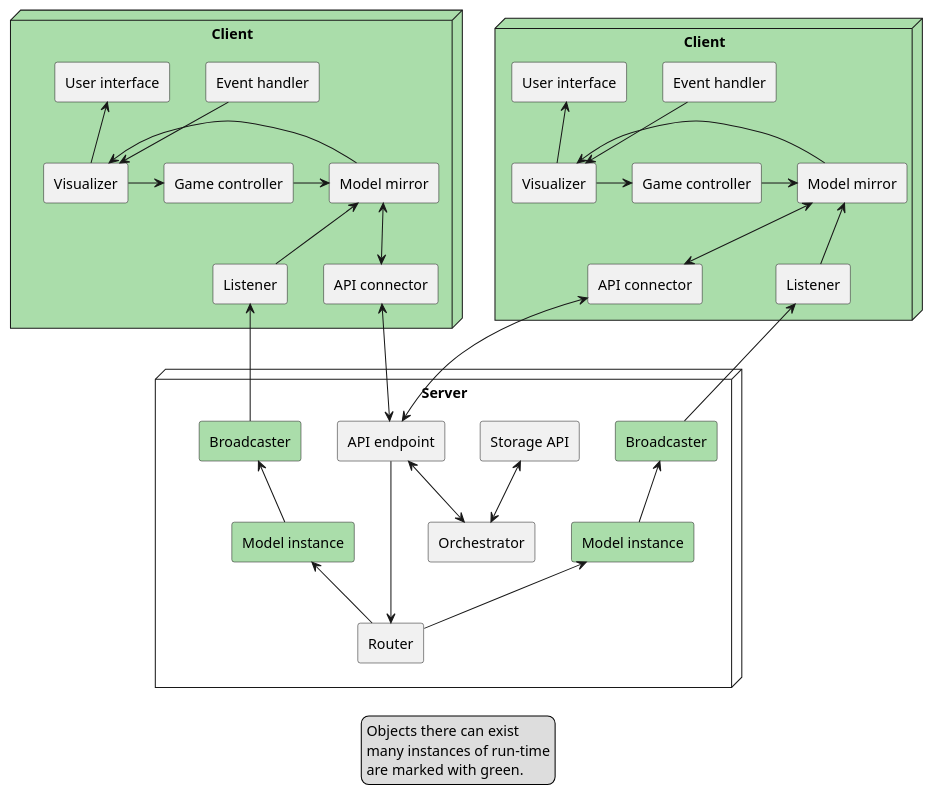
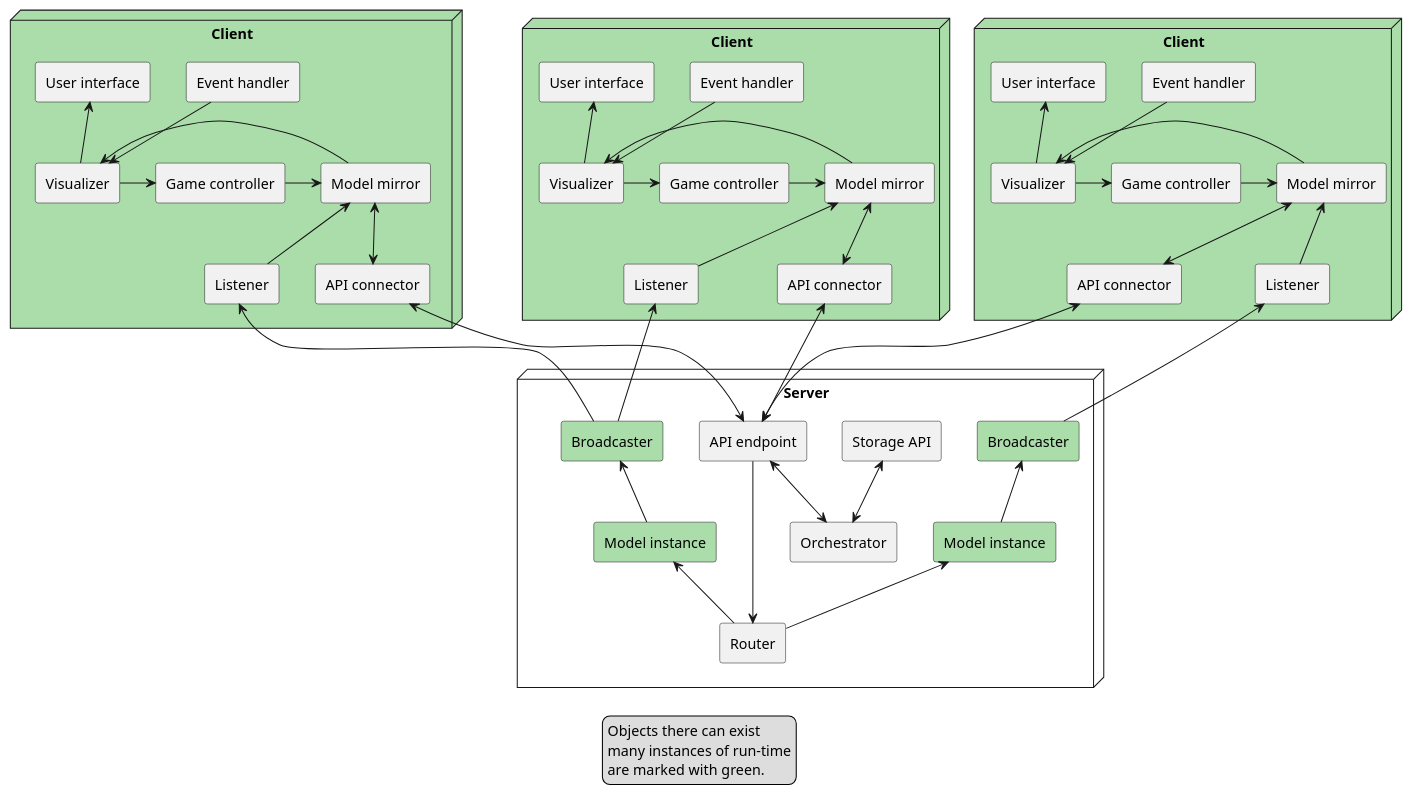
One commit to SWA-group-1/PlantUML changed the diagram in Process/Deployment/ConcurrencyAndInformation.puml. Above: the diagram before and after it, drawn with PlantUML. The commit also changed 1 other file, not shown here.

```diff
--- a/Process/Deployment/ConcurrencyAndInformation.puml
+++ b/Process/Deployment/ConcurrencyAndInformation.puml
@@ -1,79 +1,98 @@
 @startuml
 'https://plantuml.com/deployment-diagram
 
 legend
     Objects there can exist
     many instances of run-time
     are marked with green.
 end legend
 
 node "Client" as client_0 #ADA {
     agent "Game controller" as controller_0
     agent "Visualizer" as visualizer_0
     agent "Event handler" as event_0
     agent "User interface" as ui_0
     agent "Model mirror" as mirror_0
     agent "API connector" as connector_0
     agent "Listener" as listener_0
 
     event_0 -down-> visualizer_0
     visualizer_0 -up-> ui_0
     visualizer_0 -right-> controller_0
     controller_0 -right-> mirror_0
     mirror_0 -> visualizer_0
     mirror_0 <-down-> connector_0
     listener_0 -up-> mirror_0
 }
 
 node "Client" as client_1 #ADA {
     agent "Game controller" as controller_1
     agent "Visualizer" as visualizer_1
     agent "Event handler" as event_1
     agent "User interface" as ui_1
     agent "Model mirror" as mirror_1
     agent "API connector" as connector_1
     agent "Listener" as listener_1
 
     event_1 -down-> visualizer_1
     visualizer_1 -up-> ui_1
     visualizer_1 -right-> controller_1
     controller_1 -right-> mirror_1
     mirror_1 -> visualizer_1
     mirror_1 <-down-> connector_1
     listener_1 -up-> mirror_1
 }
 
+node "Client" as client_2 #ADA {
+    agent "Game controller" as controller_2
+    agent "Visualizer" as visualizer_2
+    agent "Event handler" as event_2
+    agent "User interface" as ui_2
+    agent "Model mirror" as mirror_2
+    agent "API connector" as connector_2
+    agent "Listener" as listener_2
+
+    event_2 -down-> visualizer_2
+    visualizer_2 -up-> ui_2
+    visualizer_2 -right-> controller_2
+    controller_2 -right-> mirror_2
+    mirror_2 -> visualizer_2
+    mirror_2 <-down-> connector_2
+    listener_2 -up-> mirror_2
+}
+
 node "Server" as server {
     agent "API endpoint" as endpoint
     agent "Broadcaster" as broadcaster_0 #ADA
     agent "Broadcaster" as broadcaster_1 #ADA
     agent "Storage API" as storage
     agent "Model instance" as model_0 #ADA
     agent "Model instance" as model_1 #ADA
     agent "Orchestrator" as orchestrator
     agent "Router" as router
 
     endpoint -[hidden]right- broadcaster_0
     broadcaster_0 -[hidden]right- broadcaster_1
     broadcaster_1 -[hidden]right- storage
     model_0 -up-> broadcaster_0
     model_0 -[hidden]right- model_1
     model_1 -up-> broadcaster_1
     orchestrator <--> endpoint
     orchestrator <-up-> storage
     router <-up- endpoint
     router -up-> model_0
     router -up-> model_1
 }
 
-ui_0 -[hidden]right- mirror_1
-
 client_1 -[hidden]down- server
 
 endpoint <-up-> connector_0
 endpoint <-up-> connector_1
+endpoint <-up-> connector_2
 
 broadcaster_0 -up-> listener_0
 broadcaster_1 -up-> listener_1
+broadcaster_1 -[hidden]up-> listener_1
+broadcaster_1 -up-> listener_2
 
 @enduml
```
